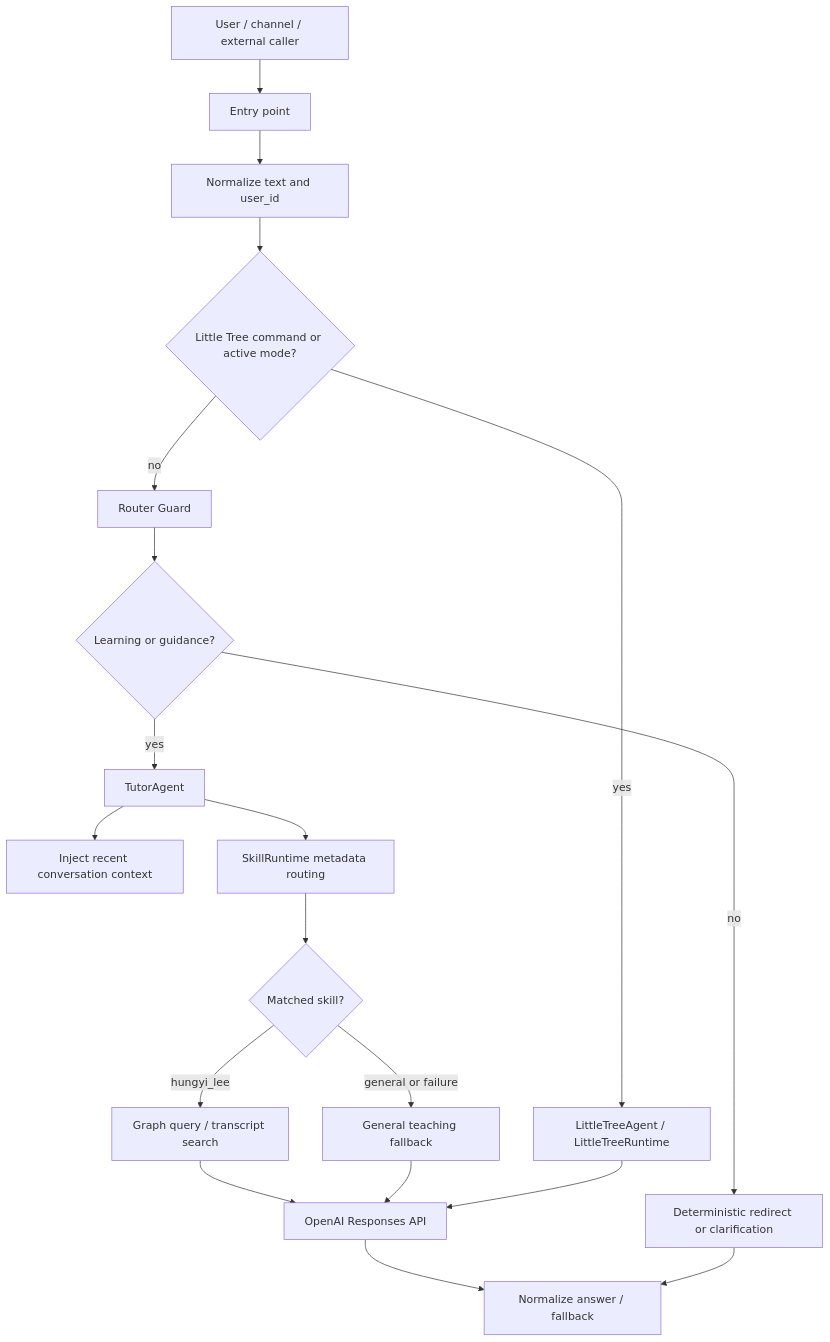
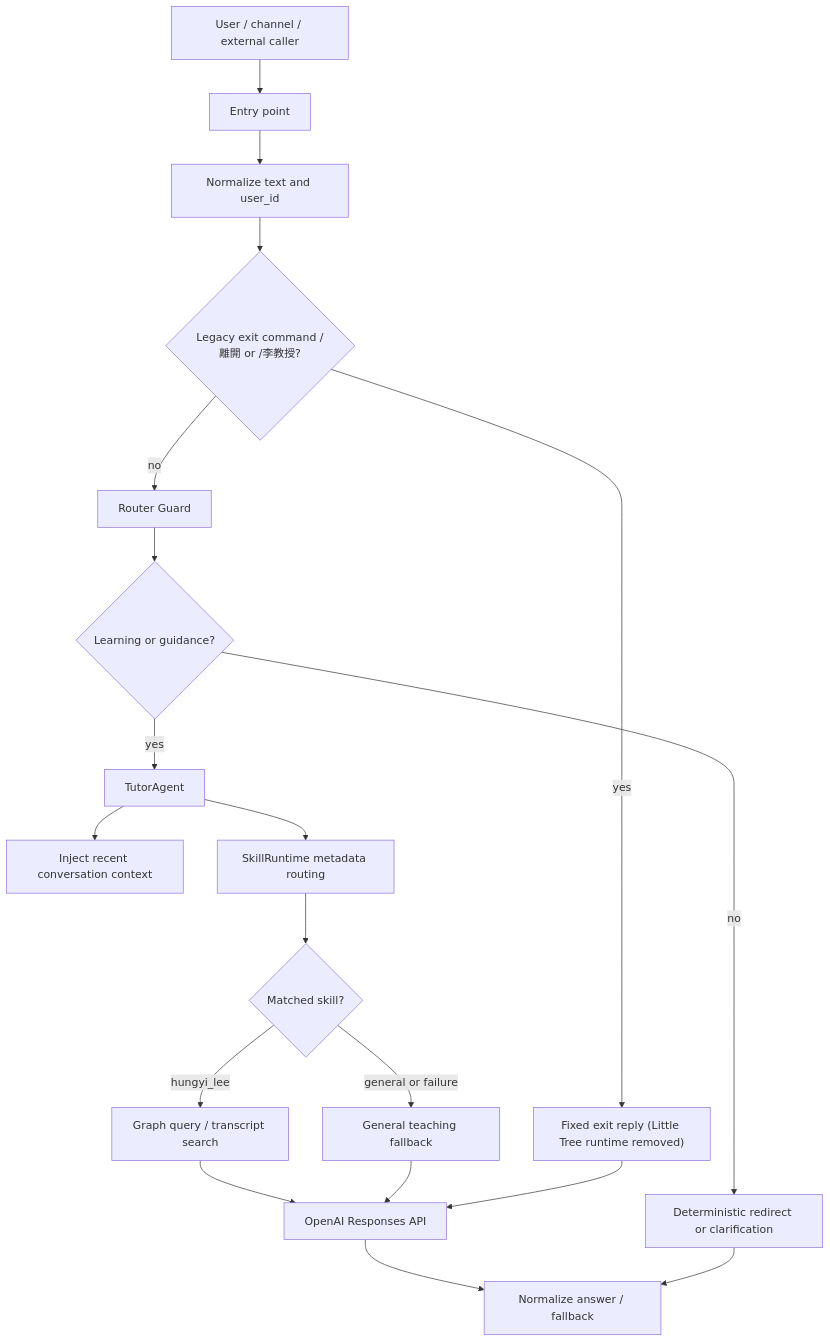
One commit to herb14919319/ai-learning-tutor changed the diagram in AGENT_CARD.md. Above: the diagram before and after it, drawn with Mermaid. The commit also changed other lines of this file and 19 other files, not shown here.

First line of the commit message:
refactor: retire Little Tree chat runtime and make Render canonical

````diff
--- a/AGENT_CARD.md
+++ b/AGENT_CARD.md
@@ -89,21 +89,21 @@
 ```mermaid
 flowchart TD
     U["User / channel / external caller"] --> E["Entry point"]
     E --> N["Normalize text and user_id"]
-    N --> LT{"Little Tree command or active mode?"}
-    LT -- "yes" --> LTR["LittleTreeAgent / LittleTreeRuntime"]
+    N --> LT{"Legacy exit command /離開 or /李教授?"}
+    LT -- "yes" --> LTR["Fixed exit reply (Little Tree runtime removed)"]
     LT -- "no" --> G["Router Guard"]
     G --> A{"Learning or guidance?"}
     A -- "no" --> R1["Deterministic redirect or clarification"]
     A -- "yes" --> T["TutorAgent"]
     T --> C["Inject recent conversation context"]
     T --> S["SkillRuntime metadata routing"]
     S --> H{"Matched skill?"}
     H -- "hungyi_lee" --> KB["Graph query / transcript search"]
     H -- "general or failure" --> GF["General teaching fallback"]
     KB --> LLM["OpenAI Responses API"]
     GF --> LLM
     LTR --> LLM
     LLM --> O["Normalize answer / fallback"]
     R1 --> O
 ```
````
